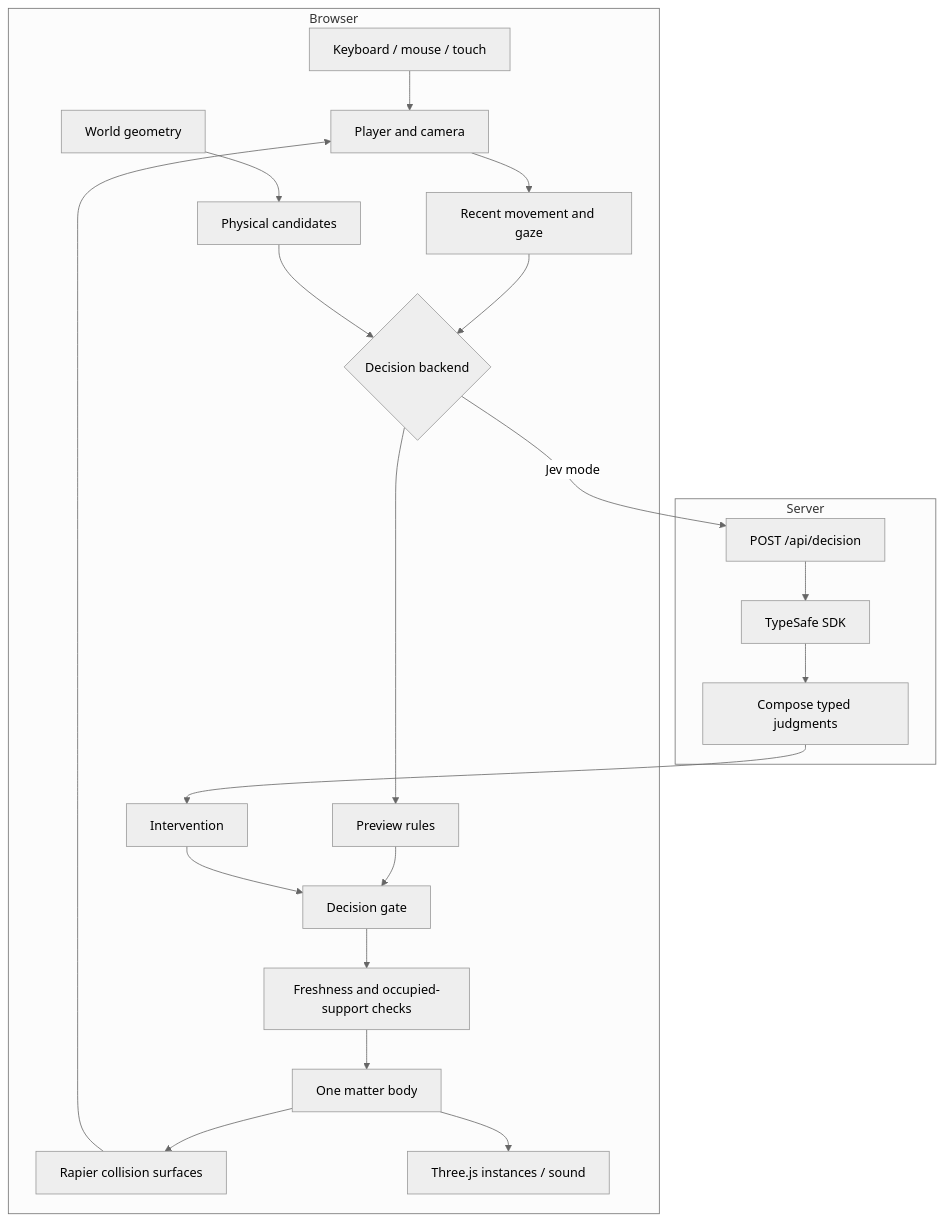
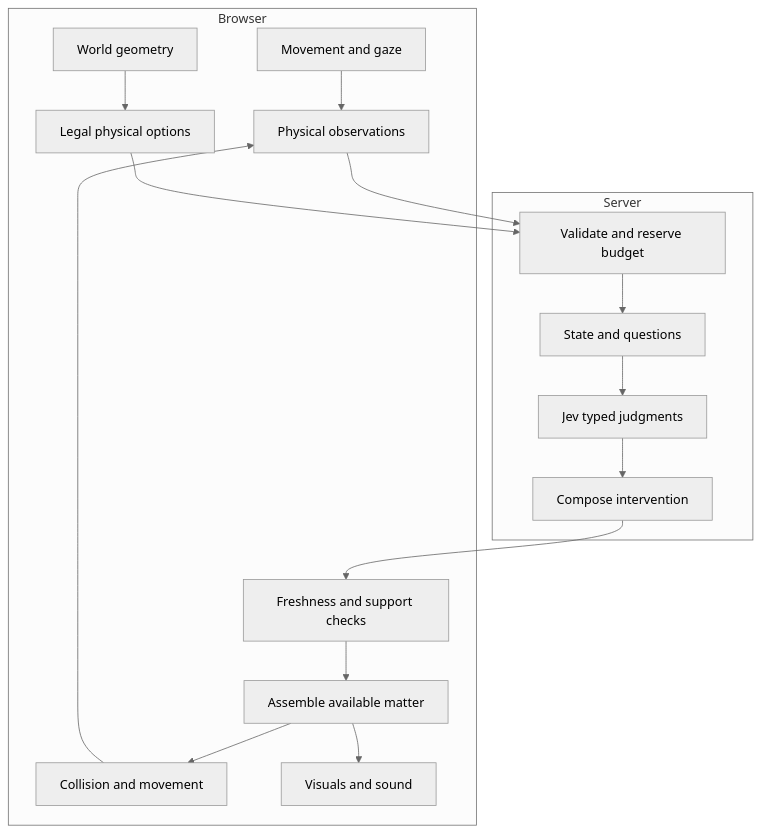
The diagram in docs/architecture.md (AKKI0511/living-matter), drawn with Mermaid (neutral theme) before and after one commit. The commit also changed other lines of this file and 9 other files, not shown here.

Commit message:
Explain Jev intelligence and streamline Living Matter documentation

````diff
--- a/docs/architecture.md
+++ b/docs/architecture.md
@@ -7,24 +7,19 @@
 ```mermaid
 flowchart TB
     subgraph Browser
-      Input[Keyboard / mouse / touch] --> Player[Player and camera]
-      Player --> Observations[Recent movement and gaze]
-      Geometry[World geometry] --> Options[Physical candidates]
-      Observations --> Source{Decision backend}
-      Options --> Source
-      Source --> Preview[Preview rules]
-      Preview --> Gate[Decision gate]
-      Reply[Intervention] --> Gate
-      Gate --> Checks[Freshness and occupied-support checks]
-      Checks --> Matter[One matter body]
-      Matter --> Physics[Rapier collision surfaces]
-      Physics --> Player
-      Matter --> View[Three.js instances / sound]
+        Input[Movement and gaze] --> Observe[Physical observations]
+        World[World geometry] --> Candidates[Legal physical options]
+        Validate[Freshness and support checks] --> Matter[Assemble available matter]
+        Matter --> Physics[Collision and movement]
+        Physics --> Observe
+        Matter --> Render[Visuals and sound]
     end
     subgraph Server
-      Endpoint[POST /api/decision] --> SDK[TypeSafe SDK]
-      SDK --> Compose[Compose typed judgments]
+        API[Validate and reserve budget] --> Request[State and questions]
+        Request --> Jev[Jev typed judgments]
+        Jev --> Compose[Compose intervention]
     end
-    Source -->|Jev mode| Endpoint
-    Compose --> Reply
+    Observe --> API
+    Candidates --> API
+    Compose --> Validate
 ```
````
